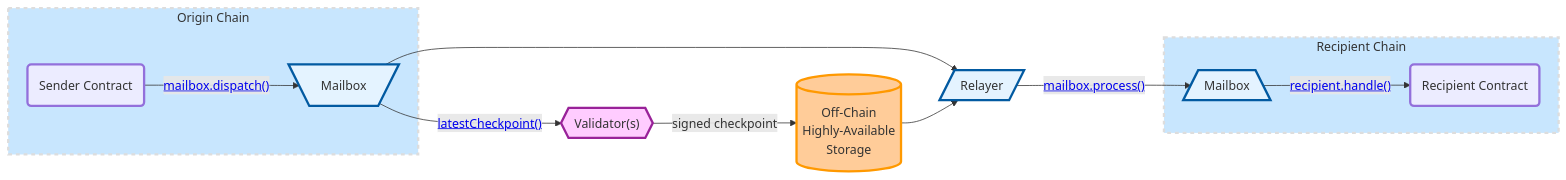
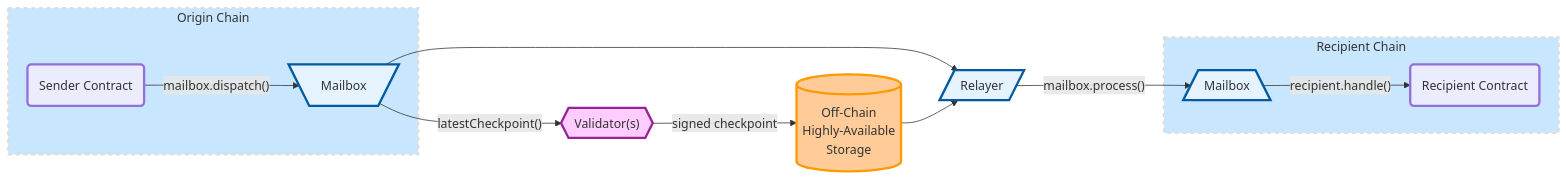
Before and after one commit to hyperlane-xyz/v2-docs: the diagram in README.md, drawn with Mermaid.

Commit message:
GitBook: [#196] Remove links from mermaid diagram

````diff
--- a/README.md
+++ b/README.md
@@ -13,37 +13,37 @@
 ```mermaid
 flowchart LR
     
     subgraph oc[Origin Chain]
         sc(Sender Contract) 
         mb[\Mailbox/]
     end
     
     subgraph rc[Recipient Chain]
         rec(Recipient Contract)
         mb2[/Mailbox\]
     end
 
     val{{"Validator(s)"}}
     aws[(Off-Chain<br>Highly-Available<br>Storage)]
     rel[/Relayer/]
 
     
-    sc--"<a href='https://github.com/hyperlane-xyz/hyperlane-monorepo/blob/main/solidity/contracts/Outbox.sol#L115' target='_blank'>mailbox.dispatch()</a>"-->mb
-    mb--"<a href='https://github.com/hyperlane-xyz/hyperlane-monorepo/blob/main/solidity/contracts/Outbox.sol#L188' target='_blank'>latestCheckpoint()</a>"-->val
+    sc--"mailbox.dispatch()"-->mb
+    mb--"latestCheckpoint()"-->val
     val--signed checkpoint-->aws
     mb-->rel
     aws-->rel
-    rel--"<a href='https://github.com/hyperlane-xyz/hyperlane-monorepo/blob/main/solidity/contracts/Inbox.sol#L91' target='_blank'>mailbox.process()</a>"-->mb2
-    mb2--"<a href='https://github.com/hyperlane-xyz/hyperlane-monorepo/blob/19f6cd0a62745042432db3fc77cd21d45c958767/solidity/contracts/Inbox.sol#L141' target='_blank'>recipient.handle()</a>"-->rec
+    rel--"mailbox.process()"-->mb2
+    mb2--"recipient.handle()"-->rec
 
     
     style val fill:#fcf,stroke:#929,stroke-width:3px
     style aws fill:#fc9,stroke:#f90,stroke-width:3px
     style rel fill:#e4f3ff,stroke:#025aa1,stroke-width:3px 
     style oc fill:#c8e6fe,stroke:#ddd,stroke-dasharray: 5 5,stroke-width:3px
     style rc fill:#c8e6fe,stroke:#ddd,stroke-dasharray: 5 5,stroke-width:3px
     style sc stroke-width:3px
     style rec stroke-width:3px
     style mb fill:#e4f3ff,stroke:#025aa1,stroke-width:3px
     style mb2 fill:#e4f3ff,stroke:#025aa1,stroke-width:3px
 ```
````
